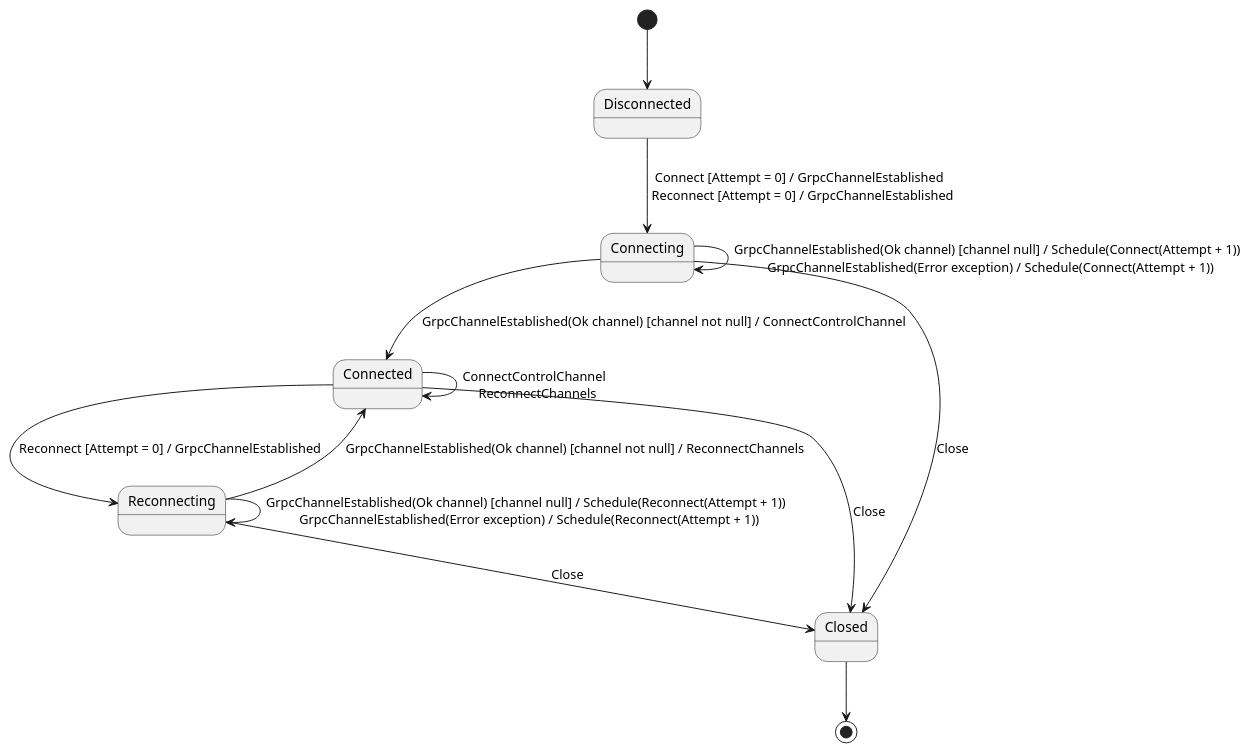
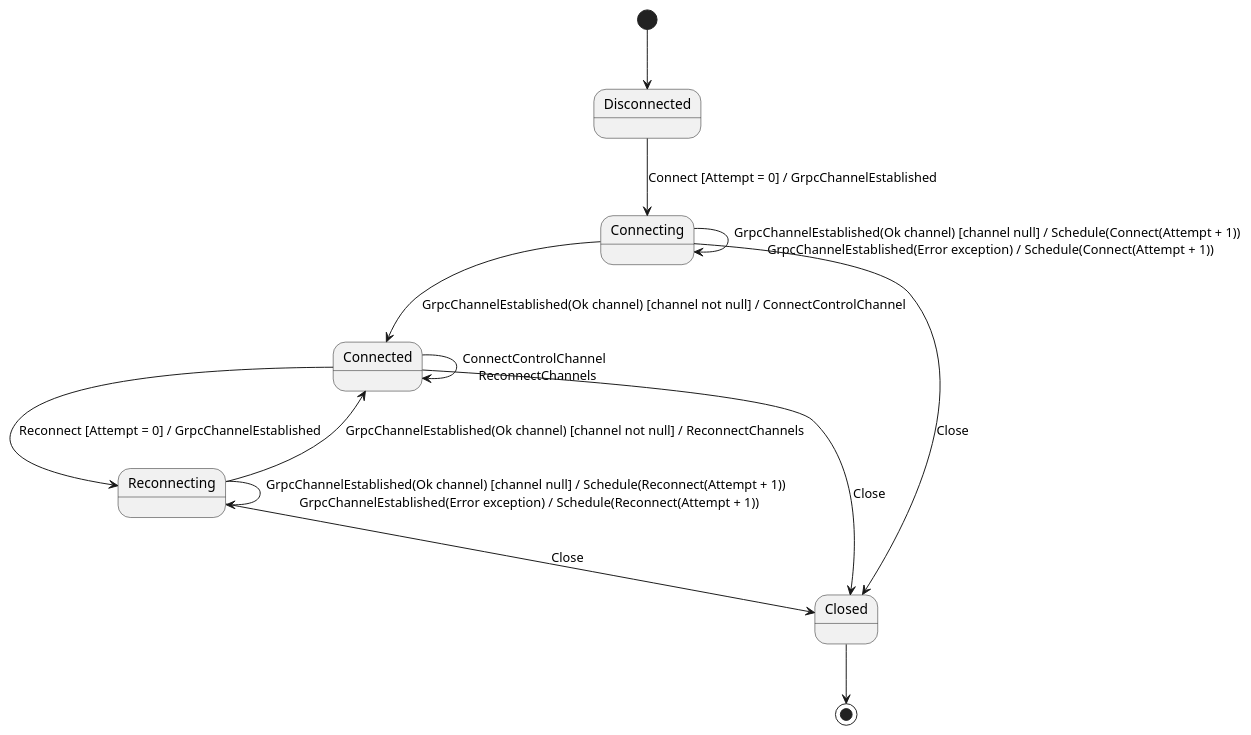
Before and after one commit to AxonIQ/axonserver-connector-dotnet: the diagram in src/AxonIQ.AxonServer.Connector/AxonServerConnectionMachine.plantuml, drawn with PlantUML. The commit also changed 26 other files, not shown here.

```diff
--- a/src/AxonIQ.AxonServer.Connector/AxonServerConnectionMachine.plantuml
+++ b/src/AxonIQ.AxonServer.Connector/AxonServerConnectionMachine.plantuml
@@ -1,14 +1,14 @@
 @startuml AxonServerConnection state machine
 [*] --> Disconnected
-Disconnected --> Connecting: Connect [Attempt = 0] / GrpcChannelEstablished \n Reconnect [Attempt = 0] / GrpcChannelEstablished
+Disconnected --> Connecting: Connect [Attempt = 0] / GrpcChannelEstablished
 Connecting --> Connected: GrpcChannelEstablished(Ok channel) [channel not null] / ConnectControlChannel
 Connecting --> Connecting: GrpcChannelEstablished(Ok channel) [channel null] / Schedule(Connect(Attempt + 1)) \n GrpcChannelEstablished(Error exception) / Schedule(Connect(Attempt + 1))
 Connected --> Reconnecting: Reconnect [Attempt = 0] / GrpcChannelEstablished
 Reconnecting --> Reconnecting: GrpcChannelEstablished(Ok channel) [channel null] / Schedule(Reconnect(Attempt + 1)) \n GrpcChannelEstablished(Error exception) / Schedule(Reconnect(Attempt + 1))
 Reconnecting --> Connected: GrpcChannelEstablished(Ok channel) [channel not null] / ReconnectChannels
 Connected --> Connected: ConnectControlChannel \n ReconnectChannels
 Connected --> Closed: Close
 Connecting --> Closed: Close
 Reconnecting --> Closed: Close
 Closed --> [*]
 @enduml
```
